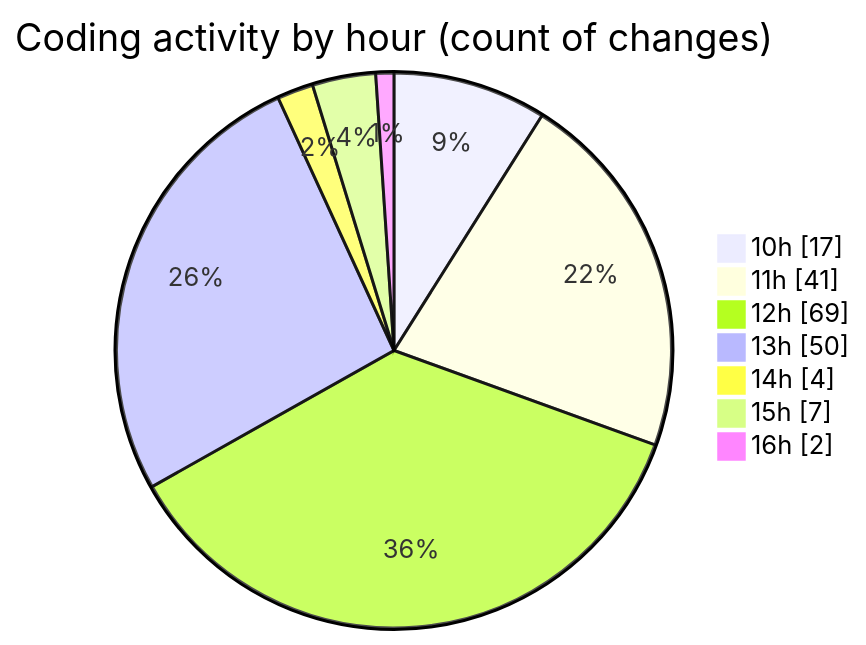
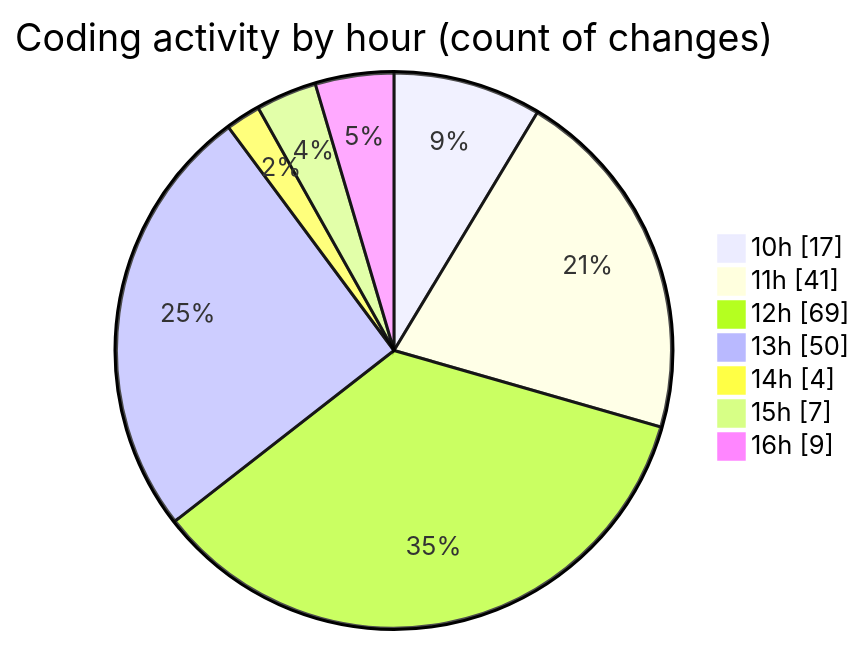
The second of 2 diagrams in 2025-10-06/cda/README.md (momahboobian/code-tracking), drawn with Mermaid before and after one commit. The commit also changed other lines of this file and 1 other file, not shown here.

````diff
--- a/2025-10-06/cda/README.md
+++ b/2025-10-06/cda/README.md
@@ -33,11 +33,11 @@
 ```mermaid
 pie showData
 title Coding activity by hour (count of changes)
 "10h" : 17
 "11h" : 41
 "12h" : 69
 "13h" : 50
 "14h" : 4
 "15h" : 7
-"16h" : 2
+"16h" : 9
 ```
````
